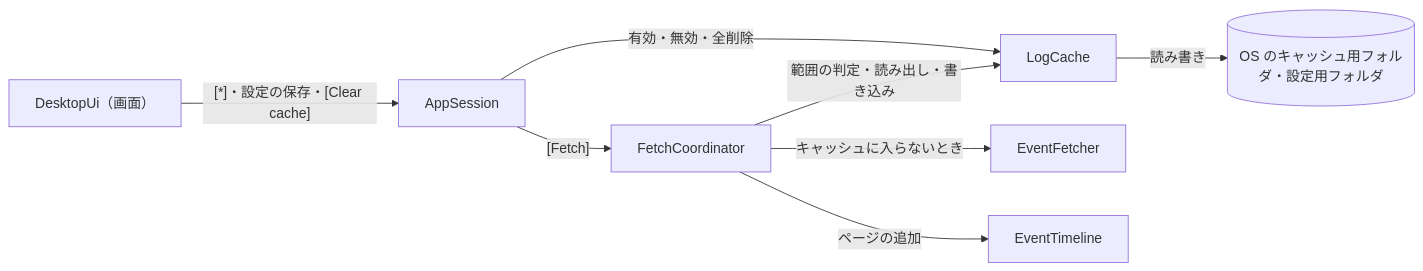
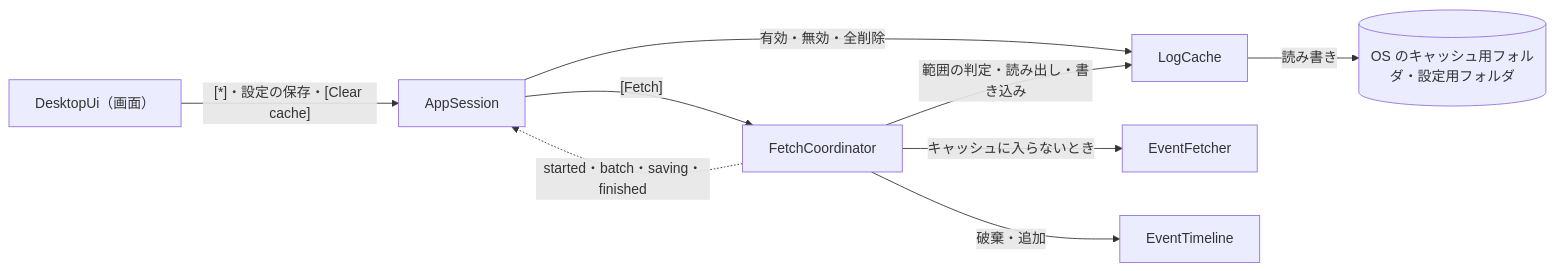
The first of 4 diagrams in aidlc/spaces/default/intents/261002-cwlogs-viewer/construction/u6-disk-cache/functional-design/functional-spec.md (kdnakt/local-sights), drawn with Mermaid before and after one commit. The commit also changed other lines of this file and 5 other files, not shown here.

````diff
--- a/aidlc/spaces/default/intents/261002-cwlogs-viewer/construction/u6-disk-cache/functional-design/functional-spec.md
+++ b/aidlc/spaces/default/intents/261002-cwlogs-viewer/construction/u6-disk-cache/functional-design/functional-spec.md
@@ -13,10 +13,11 @@
 ```mermaid
 graph LR
   UI["DesktopUi（画面）"] -->|"[*]・設定の保存・[Clear cache]"| AS["AppSession"]
   AS -->|"有効・無効・全削除"| LC["LogCache"]
   AS -->|"[Fetch]"| FC["FetchCoordinator"]
   FC -->|"範囲の判定・読み出し・書き込み"| LC
   FC -->|"キャッシュに入らないとき"| EF["EventFetcher"]
-  FC -->|"ページの追加"| ET["EventTimeline"]
+  FC -->|"破棄・追加"| ET["EventTimeline"]
+  FC -.->|"started・batch・saving・finished"| AS
   LC -->|"読み書き"| FS[("OS のキャッシュ用フォルダ・設定用フォルダ")]
 ```
````
